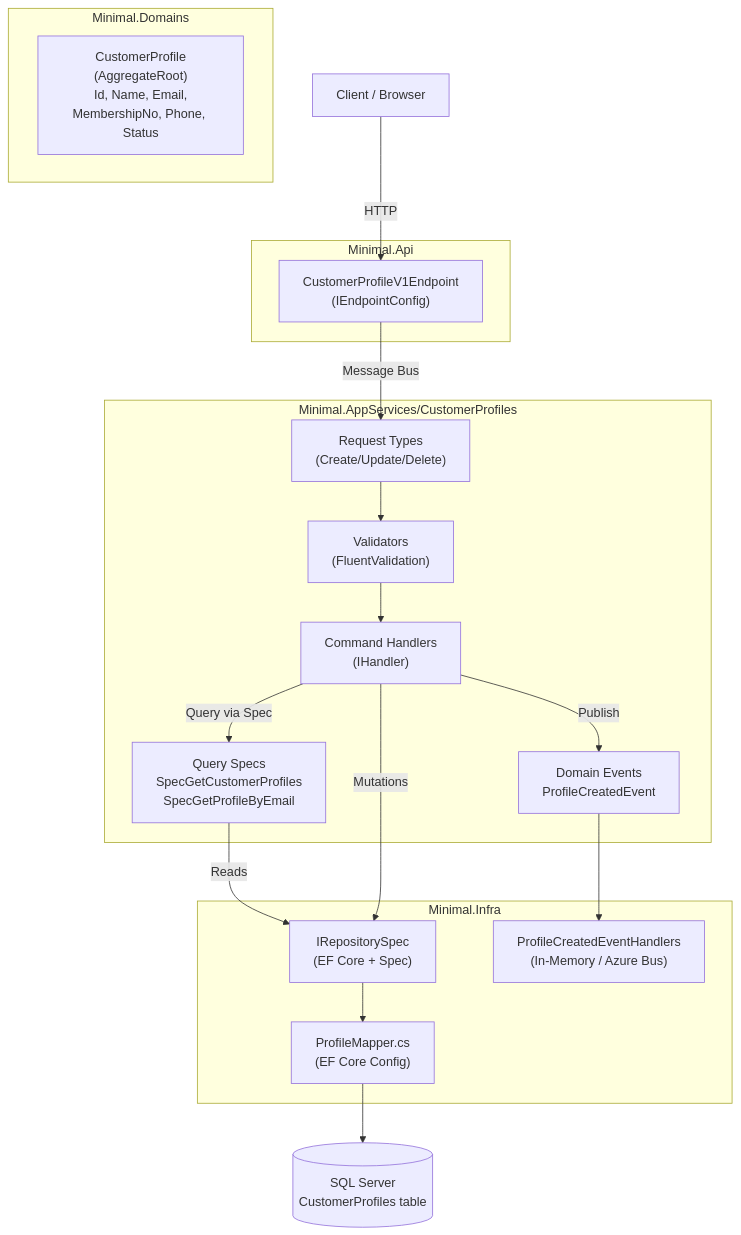
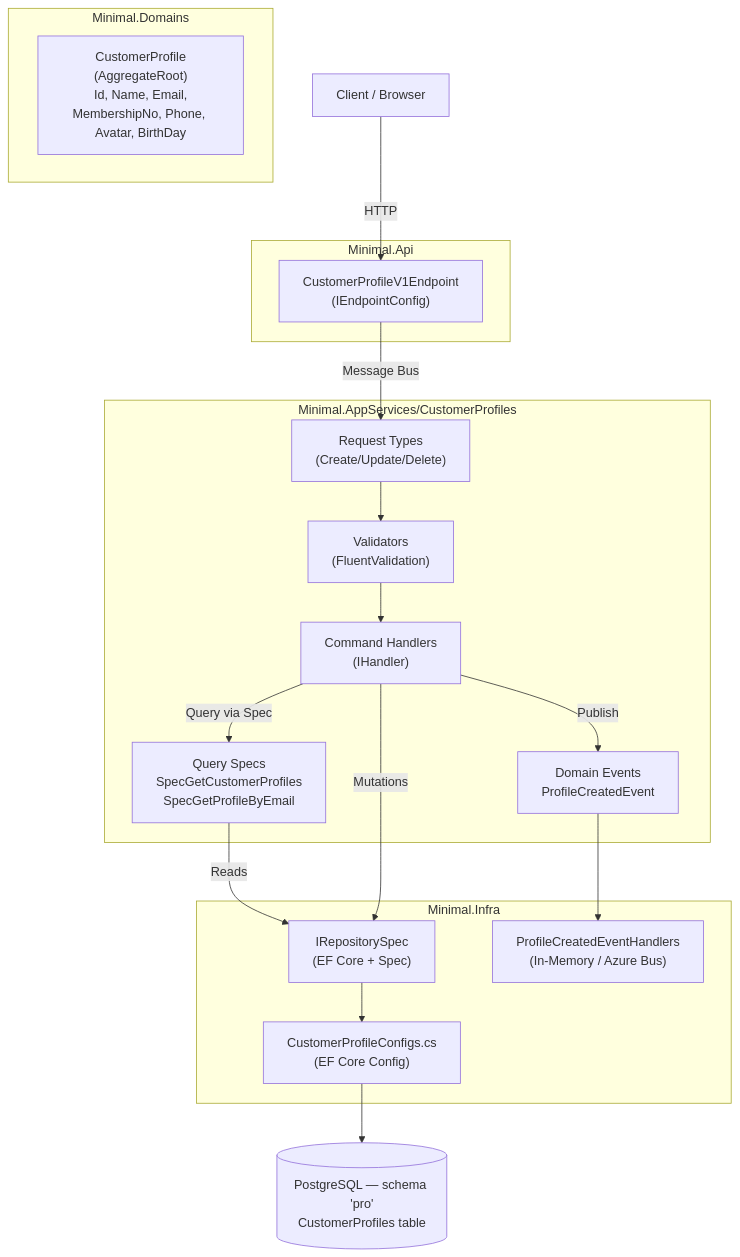
The first of 4 diagrams in docs/features/customer-profiles/architecture.md (baoduy/DKNet.Templates), drawn with Mermaid before and after one commit. The commit also changed other lines of this file and 9 other files, not shown here.

````diff
--- a/docs/features/customer-profiles/architecture.md
+++ b/docs/features/customer-profiles/architecture.md
@@ -8,40 +8,40 @@
 ```mermaid
 graph TD
     Client["Client / Browser"]
 
     subgraph API["Minimal.Api"]
         EP["CustomerProfileV1Endpoint\n(IEndpointConfig)"]
     end
 
     subgraph AppServices["Minimal.AppServices/CustomerProfiles"]
         REQ["Request Types\n(Create/Update/Delete)"]
         VAL["Validators\n(FluentValidation)"]
         HDL["Command Handlers\n(IHandler)"]
         SPEC["Query Specs\nSpecGetCustomerProfiles\nSpecGetProfileByEmail"]
         EVT["Domain Events\nProfileCreatedEvent"]
     end
 
     subgraph Domains["Minimal.Domains"]
-        ENT["CustomerProfile\n(AggregateRoot)\nId, Name, Email,\nMembershipNo, Phone, Status"]
+        ENT["CustomerProfile\n(AggregateRoot)\nId, Name, Email,\nMembershipNo, Phone, Avatar, BirthDay"]
     end
 
     subgraph Infra["Minimal.Infra"]
-        MAP["ProfileMapper.cs\n(EF Core Config)"]
+        MAP["CustomerProfileConfigs.cs\n(EF Core Config)"]
         REPO["IRepositorySpec\n(EF Core + Spec)"]
         EVH["ProfileCreatedEventHandlers\n(In-Memory / Azure Bus)"]
     end
 
-    DB[("SQL Server\nCustomerProfiles table")]
+    DB[("PostgreSQL — schema 'pro'\nCustomerProfiles table")]
 
     Client -->|HTTP| EP
     EP -->|Message Bus| REQ
     REQ --> VAL
     VAL --> HDL
     HDL -->|Query via Spec| SPEC
     SPEC -->|Reads| REPO
     HDL -->|Mutations| REPO
     HDL -->|Publish| EVT
     REPO --> MAP
     MAP --> DB
     EVT --> EVH
 ```
````
